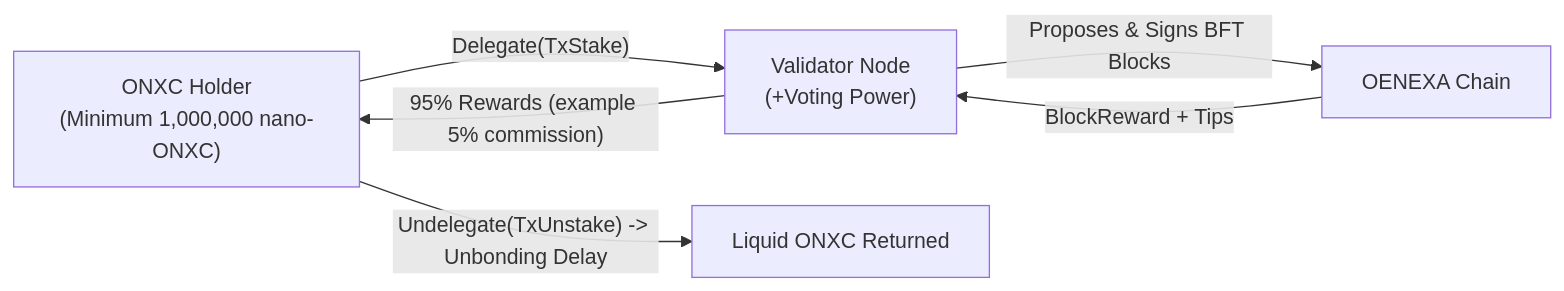
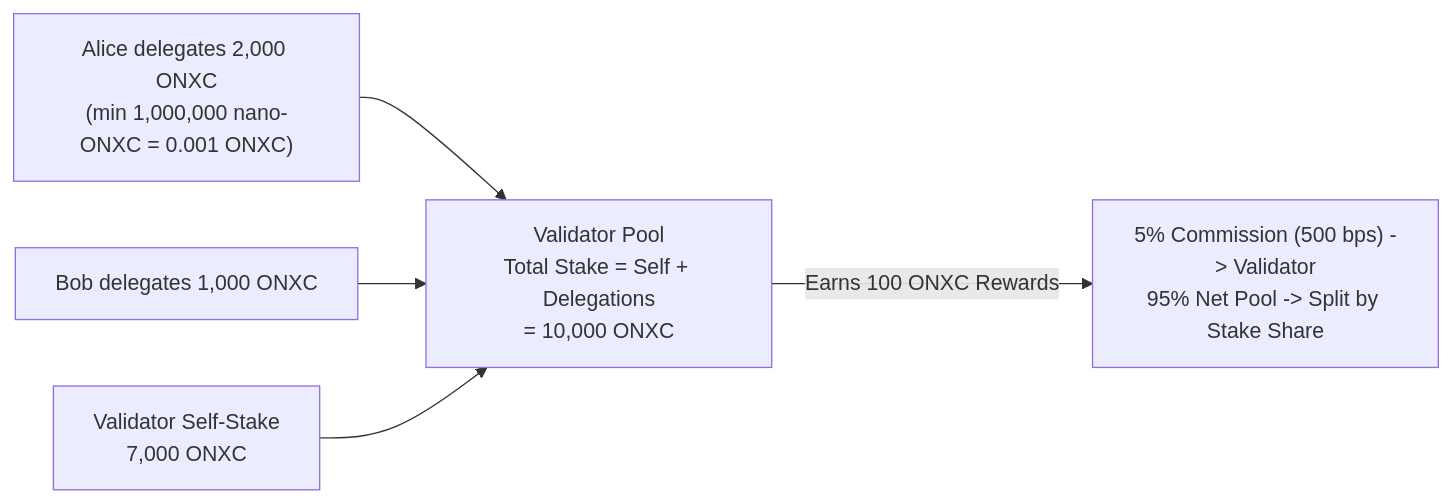
Before and after one commit to oenexa/oenexa-docs: the diagram in 04-consensus-and-validators/02_staking_delegation_and_slashing.md, drawn with Mermaid. The commit also changed other lines of this file and 21 other files, not shown here.

Commit message:
feat(docs): expand beginner curriculum with worked examples, visual diagrams, and interactive Visual Learning Studio

````diff
--- a/04-consensus-and-validators/02_staking_delegation_and_slashing.md
+++ b/04-consensus-and-validators/02_staking_delegation_and_slashing.md
@@ -21,8 +26,7 @@
 ```mermaid
 flowchart LR
-    Holder["ONXC Holder\n(Minimum 1,000,000 nano-ONXC)"] -->|"Delegate(TxStake)"| Val["Validator Node\n(+Voting Power)"]
-    Val -->|"Proposes & Signs BFT Blocks"| Net["OENEXA Chain"]
-    Net -->|"BlockReward + Tips"| Val
-    Val -->|"95% Rewards (example 5% commission)"| Holder
-    Holder -->|"Undelegate(TxUnstake) -> Unbonding Delay"| Liquid["Liquid ONXC Returned"]
+    U1["Alice delegates 2,000 ONXC\n(min 1,000,000 nano-ONXC = 0.001 ONXC)"] --> Pool["Validator Pool\nTotal Stake = Self + Delegations\n= 10,000 ONXC"]
+    U2["Bob delegates 1,000 ONXC"] --> Pool
+    Self["Validator Self-Stake\n7,000 ONXC"] --> Pool
+    Pool -->|"Earns 100 ONXC Rewards"| Split["5% Commission (500 bps) -> Validator\n95% Net Pool -> Split by Stake Share"]
 ```
````
